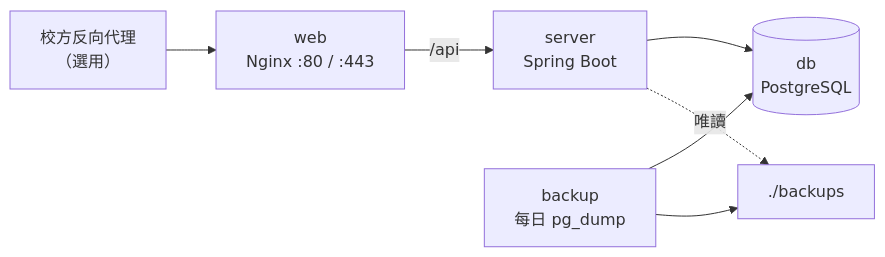
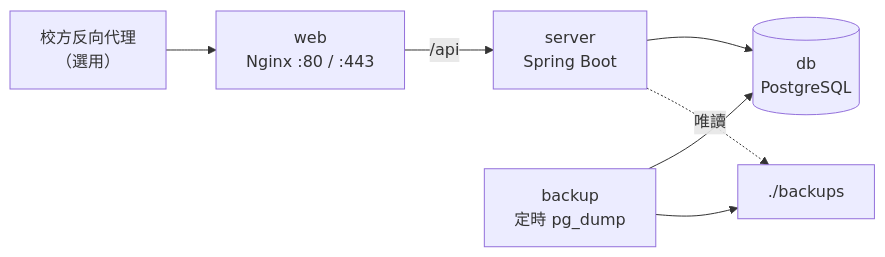
Before and after one commit to alaner652/tpcu-testa: the diagram in docs/deployment.zh-TW.md, drawn with Mermaid. The commit also changed other lines of this file and 11 other files, not shown here.

````diff
--- a/docs/deployment.zh-TW.md
+++ b/docs/deployment.zh-TW.md
@@ -7,9 +7,9 @@
 ```mermaid
 flowchart LR
     P["校方反向代理<br/>（選用）"] --> W["web<br/>Nginx :80 / :443"]
     W -->|/api| S["server<br/>Spring Boot"]
     S --> D[("db<br/>PostgreSQL")]
-    K["backup<br/>每日 pg_dump"] --> D
+    K["backup<br/>定時 pg_dump"] --> D
     K --> F["./backups"]
     S -.唯讀.-> F
 ```
````
